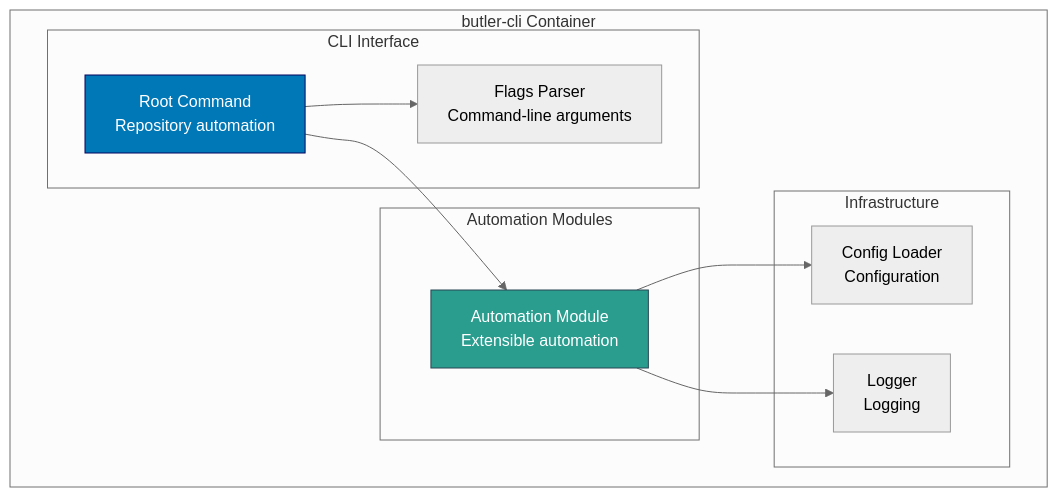
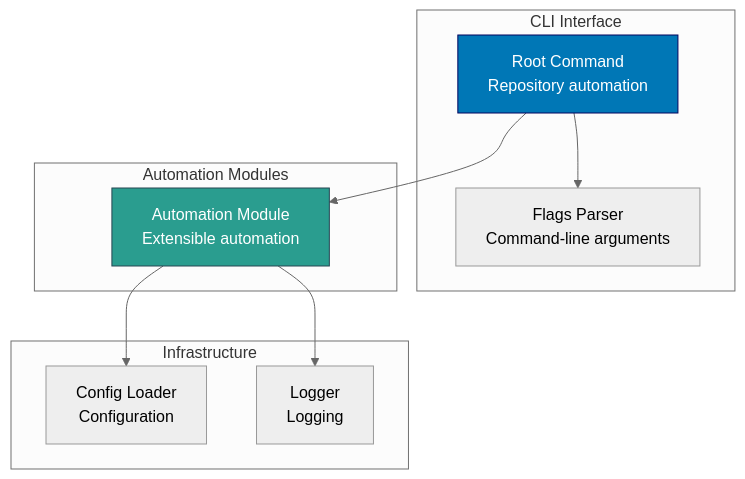
Before and after one commit to wahidyankf/open-sharia-enterprise: the seventh of 21 diagrams in docs/reference/re__system-architecture.md, drawn with Mermaid (neutral theme). The commit also changed other lines of this file, not shown here.

First line of the commit message:
fix(docs): resolve Mermaid nested subgraph syntax errors in C4 diagrams

````diff
--- a/docs/reference/re__system-architecture.md
+++ b/docs/reference/re__system-architecture.md
@@ -582,26 +576,24 @@
 ```mermaid
 graph TB
-    subgraph "butler-cli Container"
-        subgraph "CLI Interface"
-            BUTLER_ROOT[Root Command<br/>Repository automation]
-            BUTLER_FLAGS[Flags Parser<br/>Command-line arguments]
-        end
+    subgraph "CLI Interface"
+        BUTLER_ROOT[Root Command<br/>Repository automation]
+        BUTLER_FLAGS[Flags Parser<br/>Command-line arguments]
+    end
 
-        subgraph "Automation Modules"
-            AUTO_MODULE[Automation Module<br/>Extensible automation]
-        end
+    subgraph "Automation Modules"
+        AUTO_MODULE[Automation Module<br/>Extensible automation]
+    end
 
-        subgraph "Infrastructure"
-            BUTLER_CONFIG[Config Loader<br/>Configuration]
-            BUTLER_LOGGER[Logger<br/>Logging]
-        end
+    subgraph "Infrastructure"
+        BUTLER_CONFIG[Config Loader<br/>Configuration]
+        BUTLER_LOGGER[Logger<br/>Logging]
     end
 
     BUTLER_ROOT --> AUTO_MODULE
     BUTLER_ROOT --> BUTLER_FLAGS
     AUTO_MODULE --> BUTLER_CONFIG
     AUTO_MODULE --> BUTLER_LOGGER
 
     style BUTLER_ROOT fill:#0077b6,stroke:#03045e,color:#ffffff
     style AUTO_MODULE fill:#2a9d8f,stroke:#264653,color:#ffffff
 ```
````
